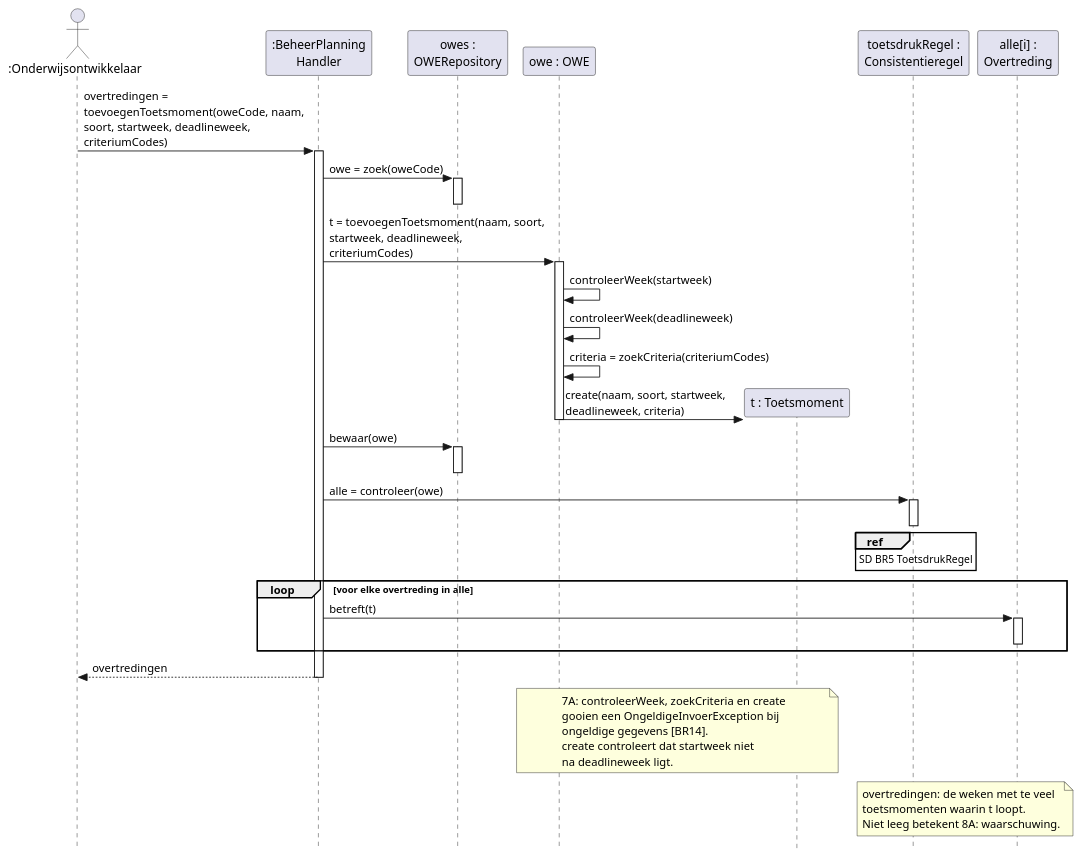
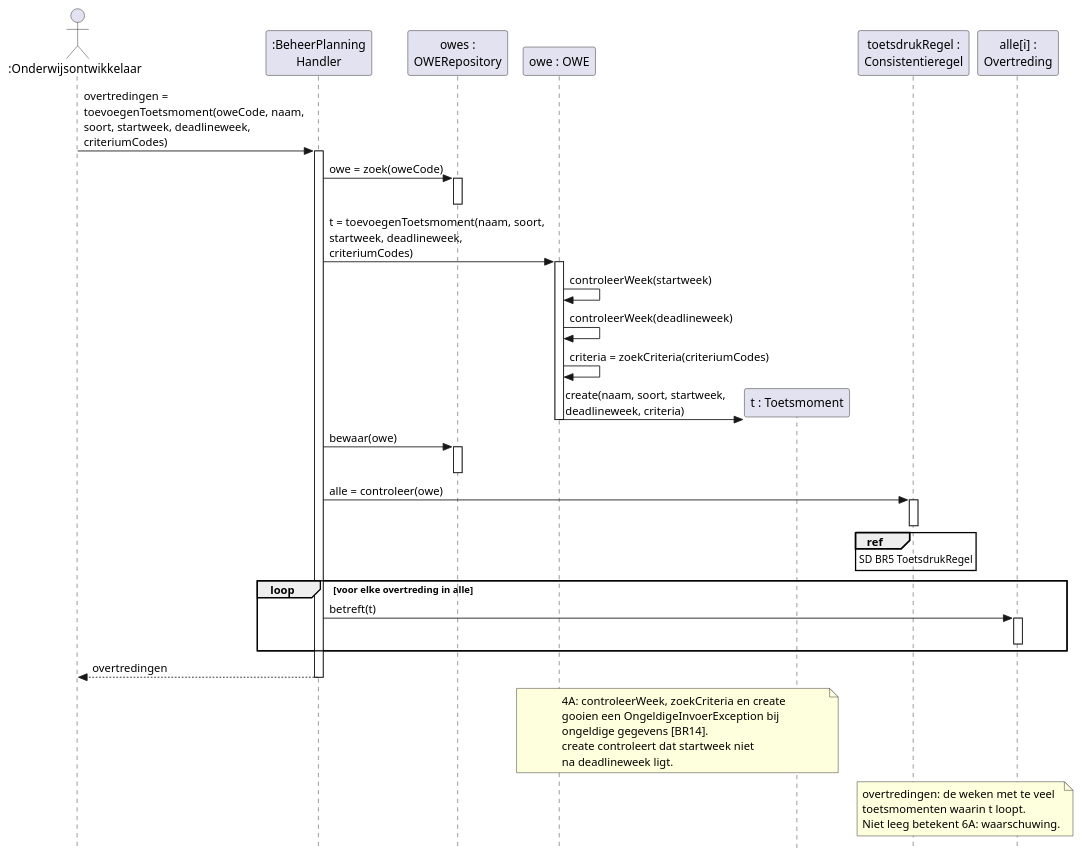
One commit to HAN-Craftsmanship-KL-JJG/casus changed the diagram in docs/diagrams/sd-uc11-toevoegentoetsmoment.puml. Above: the diagram before and after it, drawn with PlantUML. The commit also changed 29 other files, not shown here.

First line of the commit message:
docs: align sequence diagrams with the merged class diagram

```diff
--- a/docs/diagrams/sd-uc11-toevoegentoetsmoment.puml
+++ b/docs/diagrams/sd-uc11-toevoegentoetsmoment.puml
@@ -1,57 +1,57 @@
 @startuml sd-uc11-toevoegentoetsmoment
 ' Sequence diagram van systeemoperatie toevoegenToetsmoment (UC11, Toevoegen toetsmoment,
-' stap 5 tot en met 8). Toelichting: docs/sequencediagrammen.md
+' stap 3 tot en met 6). Toelichting: docs/sequencediagrammen.md
 skinparam style strictuml
 skinparam shadowing false
 skinparam defaultFontName Helvetica
 hide footbox
 
 actor ":Onderwijsontwikkelaar" as ontwikkelaar
 participant ":BeheerPlanning\nHandler" as handler
 participant "owes :\nOWERepository" as owes
 participant "owe : OWE" as owe
 participant "t : Toetsmoment" as toetsmoment
 participant "toetsdrukRegel :\nConsistentieregel" as regel
 participant "alle[i] :\nOvertreding" as overtreding
 
 ontwikkelaar -> handler : overtredingen =\ntoevoegenToetsmoment(oweCode, naam,\n\
 soort, startweek, deadlineweek,\ncriteriumCodes)
 activate handler
 handler -> owes : owe = zoek(oweCode)
 activate owes
 deactivate owes
 handler -> owe : t = toevoegenToetsmoment(naam, soort,\nstartweek, deadlineweek,\ncriteriumCodes)
 activate owe
 owe -> owe : controleerWeek(startweek)
 owe -> owe : controleerWeek(deadlineweek)
 owe -> owe : criteria = zoekCriteria(criteriumCodes)
 create toetsmoment
 owe -> toetsmoment : create(naam, soort, startweek,\ndeadlineweek, criteria)
 deactivate owe
 handler -> owes : bewaar(owe)
 activate owes
 deactivate owes
 handler -> regel : alle = controleer(owe)
 activate regel
 ref over regel : SD BR5 ToetsdrukRegel
 deactivate regel
 loop voor elke overtreding in alle
   handler -> overtreding : betreft(t)
   activate overtreding
   deactivate overtreding
 end
 handler --> ontwikkelaar : overtredingen
 deactivate handler
 note over owe, toetsmoment
-  7A: controleerWeek, zoekCriteria en create
+  4A: controleerWeek, zoekCriteria en create
   gooien een OngeldigeInvoerException bij
   ongeldige gegevens [BR14].
   create controleert dat startweek niet
   na deadlineweek ligt.
 end note
 note over regel, overtreding
   overtredingen: de weken met te veel
   toetsmomenten waarin t loopt.
-  Niet leeg betekent 8A: waarschuwing.
+  Niet leeg betekent 6A: waarschuwing.
 end note
 @enduml
```
